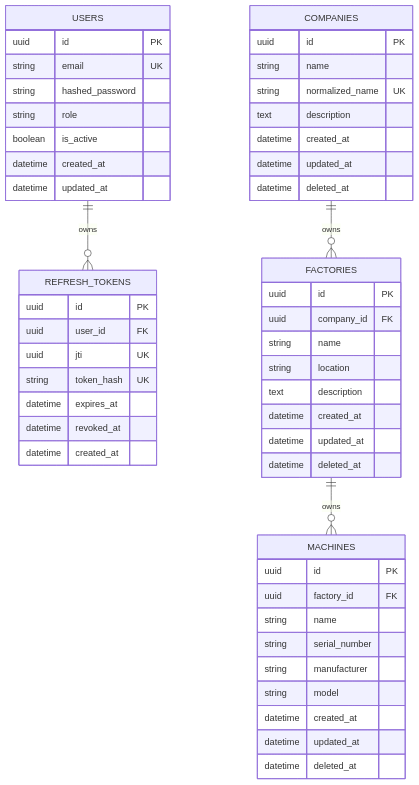
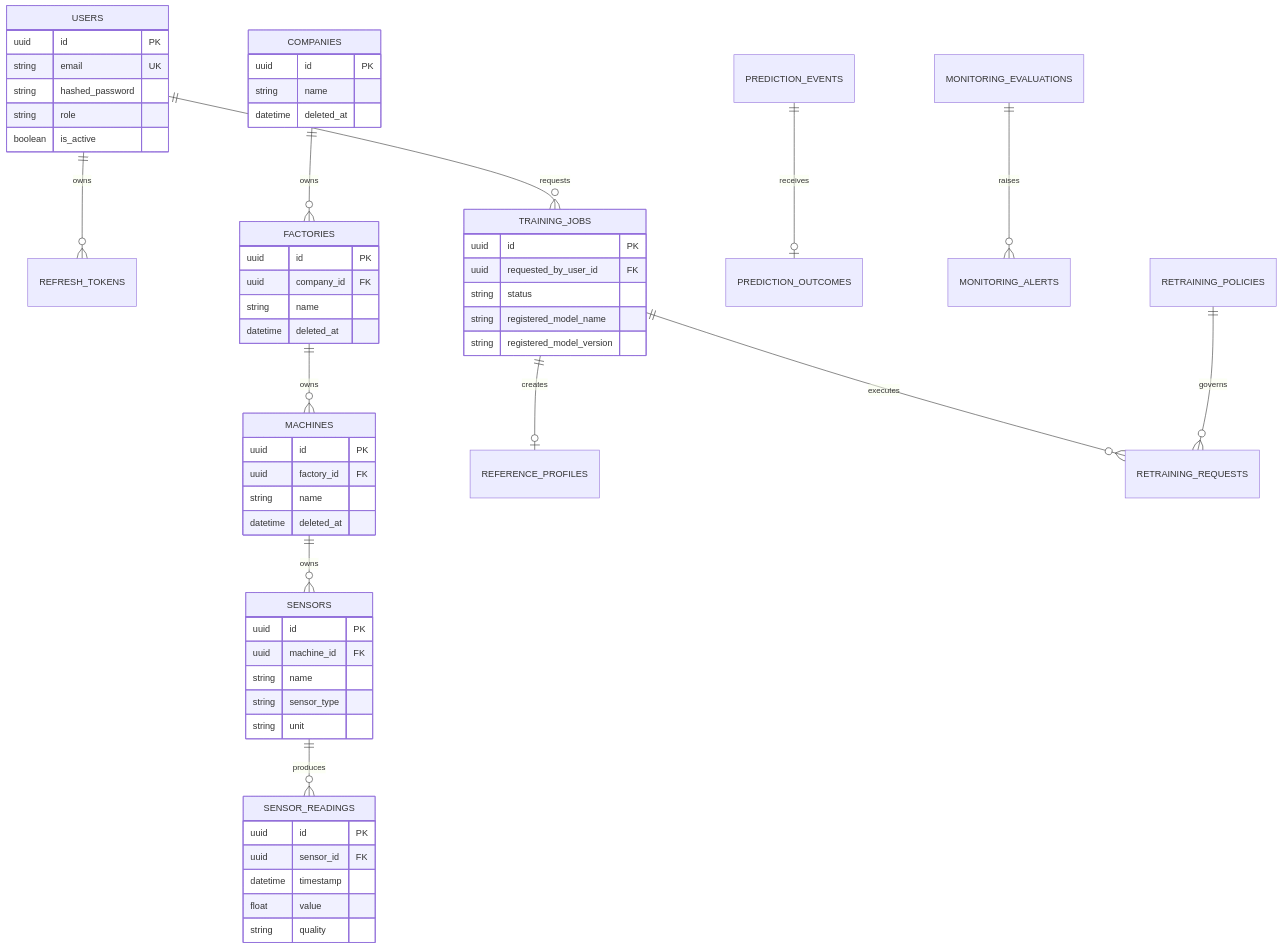
The sixth of 10 diagrams in docs/architecture.md (fariskishtah/enterprise-ai-platform), drawn with Mermaid before and after one commit. The commit also changed other lines of this file and 3 other files, not shown here.

````diff
--- a/docs/architecture.md
+++ b/docs/architecture.md
@@ -129,55 +242,60 @@
 ```mermaid
 erDiagram
     USERS ||--o{ REFRESH_TOKENS : owns
     COMPANIES ||--o{ FACTORIES : owns
     FACTORIES ||--o{ MACHINES : owns
+    MACHINES ||--o{ SENSORS : owns
+    SENSORS ||--o{ SENSOR_READINGS : produces
+    USERS ||--o{ TRAINING_JOBS : requests
+    TRAINING_JOBS ||--o| REFERENCE_PROFILES : creates
+    TRAINING_JOBS ||--o{ RETRAINING_REQUESTS : executes
+    PREDICTION_EVENTS ||--o| PREDICTION_OUTCOMES : receives
+    MONITORING_EVALUATIONS ||--o{ MONITORING_ALERTS : raises
+    RETRAINING_POLICIES ||--o{ RETRAINING_REQUESTS : governs
 
     USERS {
         uuid id PK
         string email UK
         string hashed_password
         string role
         boolean is_active
-        datetime created_at
-        datetime updated_at
-    }
-    REFRESH_TOKENS {
-        uuid id PK
-        uuid user_id FK
-        uuid jti UK
-        string token_hash UK
-        datetime expires_at
-        datetime revoked_at
-        datetime created_at
     }
     COMPANIES {
         uuid id PK
         string name
-        string normalized_name UK
-        text description
-        datetime created_at
-        datetime updated_at
         datetime deleted_at
     }
     FACTORIES {
         uuid id PK
         uuid company_id FK
         string name
-        string location
-        text description
-        datetime created_at
-        datetime updated_at
         datetime deleted_at
     }
     MACHINES {
         uuid id PK
         uuid factory_id FK
         string name
-        string serial_number
-        string manufacturer
-        string model
-        datetime created_at
-        datetime updated_at
         datetime deleted_at
     }
+    SENSORS {
+        uuid id PK
+        uuid machine_id FK
+        string name
+        string sensor_type
+        string unit
+    }
+    SENSOR_READINGS {
+        uuid id PK
+        uuid sensor_id FK
+        datetime timestamp
+        float value
+        string quality
+    }
+    TRAINING_JOBS {
+        uuid id PK
+        uuid requested_by_user_id FK
+        string status
+        string registered_model_name
+        string registered_model_version
+    }
 ```
````
